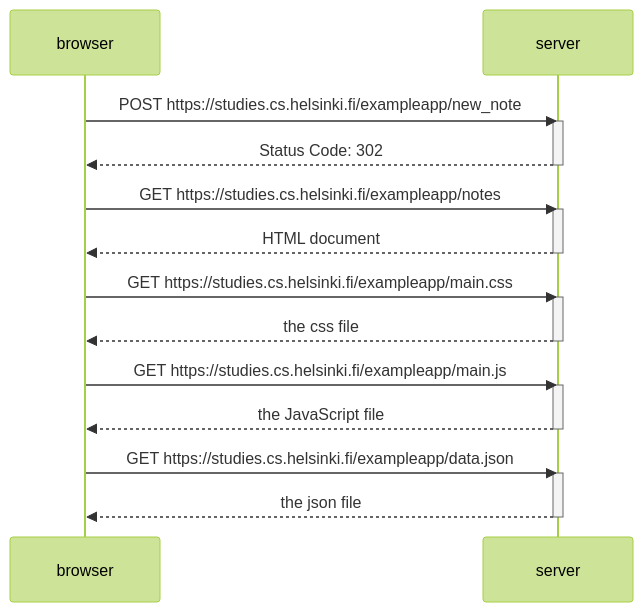
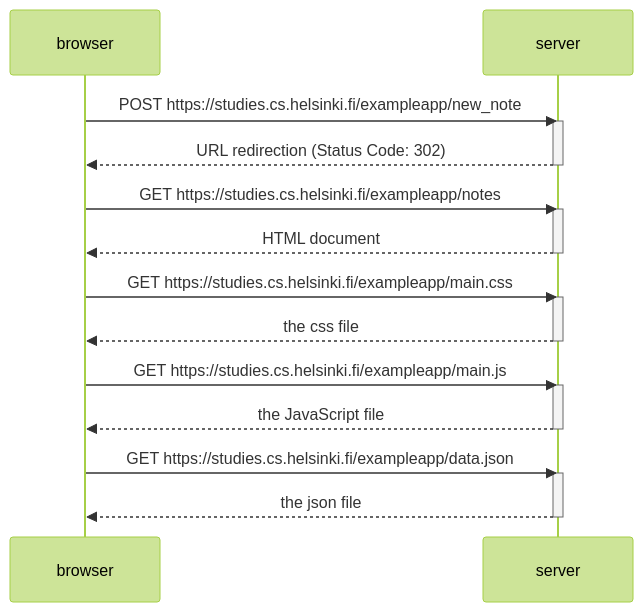
The diagram in osa0/0.4_uusi_muistiinpano.md (heik-ki/full-stack), drawn with Mermaid (forest theme) before and after one commit.

````diff
--- a/osa0/0.4_uusi_muistiinpano.md
+++ b/osa0/0.4_uusi_muistiinpano.md
@@ -1,33 +1,33 @@
 ```mermaid
 
 sequenceDiagram
   participant browser
   participant server
 
   browser->>server: POST https://studies.cs.helsinki.fi/exampleapp/new_note
   activate server
-  server-->>browser: Status Code: 302
+  server-->>browser: URL redirection (Status Code: 302)
   deactivate server
 
   browser->>server: GET https://studies.cs.helsinki.fi/exampleapp/notes
   activate server
   server-->>browser: HTML document
   deactivate server
 
 
   browser->>server: GET https://studies.cs.helsinki.fi/exampleapp/main.css
   activate server
   server-->>browser: the css file
   deactivate server
 
   browser->>server: GET https://studies.cs.helsinki.fi/exampleapp/main.js
   activate server
   server-->>browser: the JavaScript file
   deactivate server
 
   browser->>server: GET https://studies.cs.helsinki.fi/exampleapp/data.json
   activate server
   server-->>browser: the json file
   deactivate server 
   
 ```
````
